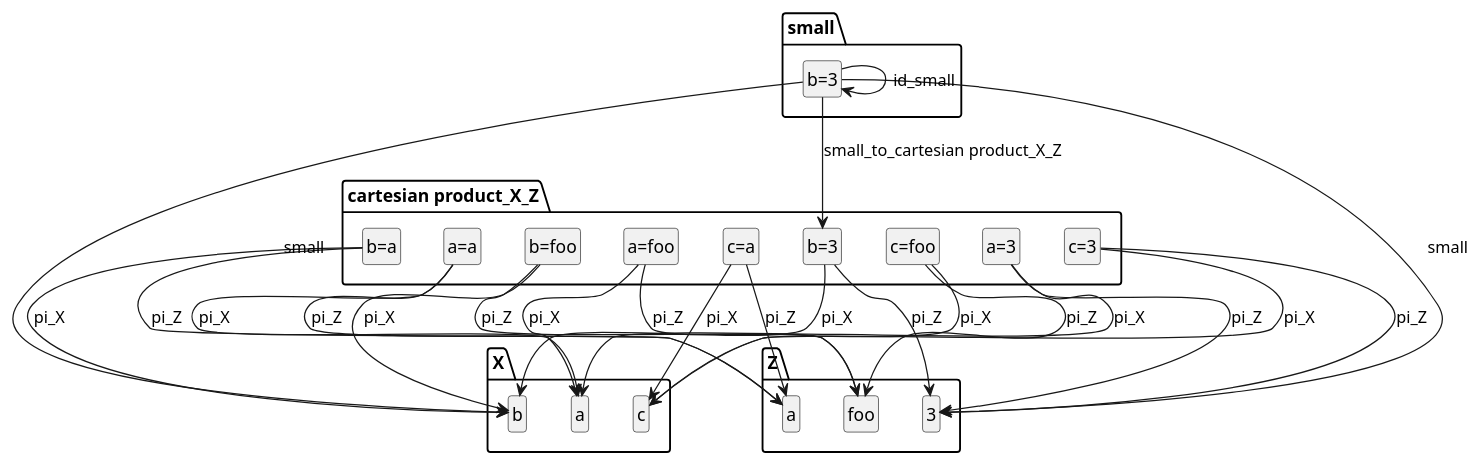
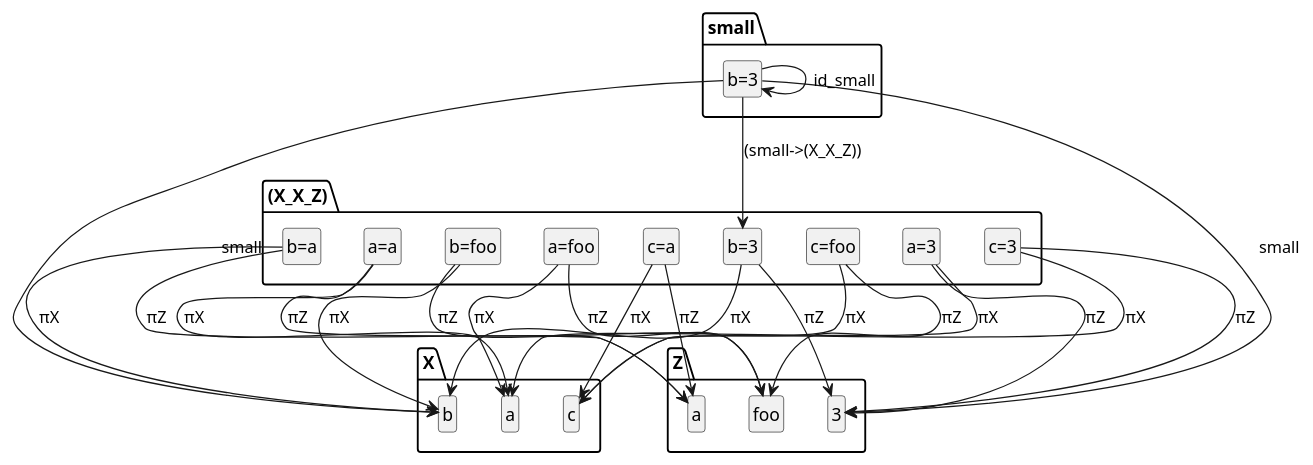
One commit to rajiv-thorat/fmde changed the diagram in FMDE/diagrams/miniproj/smallerCandidate.pretty.plantuml. Above: the diagram before and after it, drawn with PlantUML. The commit also changed 11 other files, not shown here.

```diff
--- a/FMDE/diagrams/miniproj/smallerCandidate.pretty.plantuml
+++ b/FMDE/diagrams/miniproj/smallerCandidate.pretty.plantuml
@@ -1,35 +1,35 @@
 @startuml
 skinparam shadowing false
 hide members
 hide circle
 class "X.a"
 class "X.b"
 class "X.c"
 class "Z.a"
 class "Z.3"
 class "Z.foo"
 class "small.b=3"
 
-"cartesian product_X_Z.a=a" --> "X.a" : "pi_X"
-"cartesian product_X_Z.a=3" --> "X.a" : "pi_X"
-"cartesian product_X_Z.a=foo" --> "X.a" : "pi_X"
-"cartesian product_X_Z.b=a" --> "X.b" : "pi_X"
-"cartesian product_X_Z.b=3" --> "X.b" : "pi_X"
-"cartesian product_X_Z.b=foo" --> "X.b" : "pi_X"
-"cartesian product_X_Z.c=a" --> "X.c" : "pi_X"
-"cartesian product_X_Z.c=3" --> "X.c" : "pi_X"
-"cartesian product_X_Z.c=foo" --> "X.c" : "pi_X"
-"cartesian product_X_Z.a=a" --> "Z.a" : "pi_Z"
-"cartesian product_X_Z.a=3" --> "Z.3" : "pi_Z"
-"cartesian product_X_Z.a=foo" --> "Z.foo" : "pi_Z"
-"cartesian product_X_Z.b=a" --> "Z.a" : "pi_Z"
-"cartesian product_X_Z.b=3" --> "Z.3" : "pi_Z"
-"cartesian product_X_Z.b=foo" --> "Z.foo" : "pi_Z"
-"cartesian product_X_Z.c=a" --> "Z.a" : "pi_Z"
-"cartesian product_X_Z.c=3" --> "Z.3" : "pi_Z"
-"cartesian product_X_Z.c=foo" --> "Z.foo" : "pi_Z"
+"(X_X_Z).a=a" --> "X.a" : "πX"
+"(X_X_Z).a=3" --> "X.a" : "πX"
+"(X_X_Z).a=foo" --> "X.a" : "πX"
+"(X_X_Z).b=a" --> "X.b" : "πX"
+"(X_X_Z).b=3" --> "X.b" : "πX"
+"(X_X_Z).b=foo" --> "X.b" : "πX"
+"(X_X_Z).c=a" --> "X.c" : "πX"
+"(X_X_Z).c=3" --> "X.c" : "πX"
+"(X_X_Z).c=foo" --> "X.c" : "πX"
+"(X_X_Z).a=a" --> "Z.a" : "πZ"
+"(X_X_Z).a=3" --> "Z.3" : "πZ"
+"(X_X_Z).a=foo" --> "Z.foo" : "πZ"
+"(X_X_Z).b=a" --> "Z.a" : "πZ"
+"(X_X_Z).b=3" --> "Z.3" : "πZ"
+"(X_X_Z).b=foo" --> "Z.foo" : "πZ"
+"(X_X_Z).c=a" --> "Z.a" : "πZ"
+"(X_X_Z).c=3" --> "Z.3" : "πZ"
+"(X_X_Z).c=foo" --> "Z.foo" : "πZ"
 "small.b=3" --> "X.b" : "small"
 "small.b=3" --> "Z.3" : "small"
-"small.b=3" --> "cartesian product_X_Z.b=3" : "small_to_cartesian product_X_Z"
+"small.b=3" --> "(X_X_Z).b=3" : "(small->(X_X_Z))"
 "small.b=3" --> "small.b=3" : "id_small"
 @enduml
```
